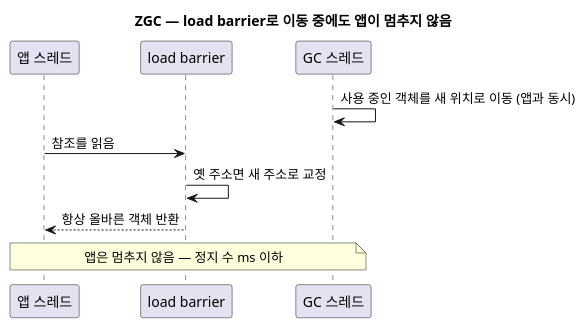
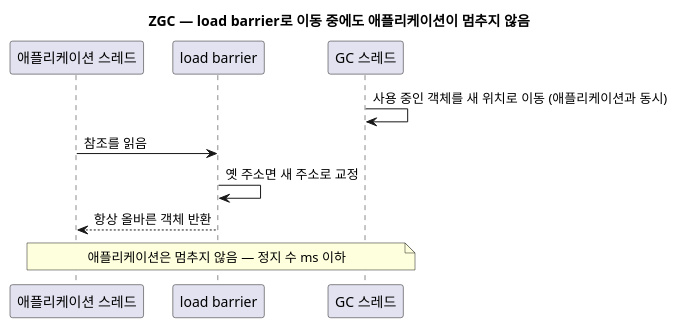
The seventh of 10 diagrams in blog/2026-08-18-java-gc-types.mdx (johnycho/johny-dev), drawn with PlantUML before and after one commit. The commit also changed other lines of this file and 49 other files, not shown here.

````diff
--- a/blog/2026-08-18-java-gc-types.mdx
+++ b/blog/2026-08-18-java-gc-types.mdx
@@ -278,13 +278,13 @@
 ```plantuml
 @startuml
-title ZGC — load barrier로 이동 중에도 앱이 멈추지 않음
-participant "앱 스레드" as App
+title ZGC — load barrier로 이동 중에도 애플리케이션이 멈추지 않음
+participant "애플리케이션 스레드" as App
 participant "load barrier" as LB
 participant "GC 스레드" as GC
-GC -> GC : 사용 중인 객체를 새 위치로 이동 (앱과 동시)
+GC -> GC : 사용 중인 객체를 새 위치로 이동 (애플리케이션과 동시)
 App -> LB : 참조를 읽음
 LB -> LB : 옛 주소면 새 주소로 교정
 LB --> App : 항상 올바른 객체 반환
-note over App, GC : 앱은 멈추지 않음 — 정지 수 ms 이하
+note over App, GC : 애플리케이션은 멈추지 않음 — 정지 수 ms 이하
 @enduml
 ```
````
